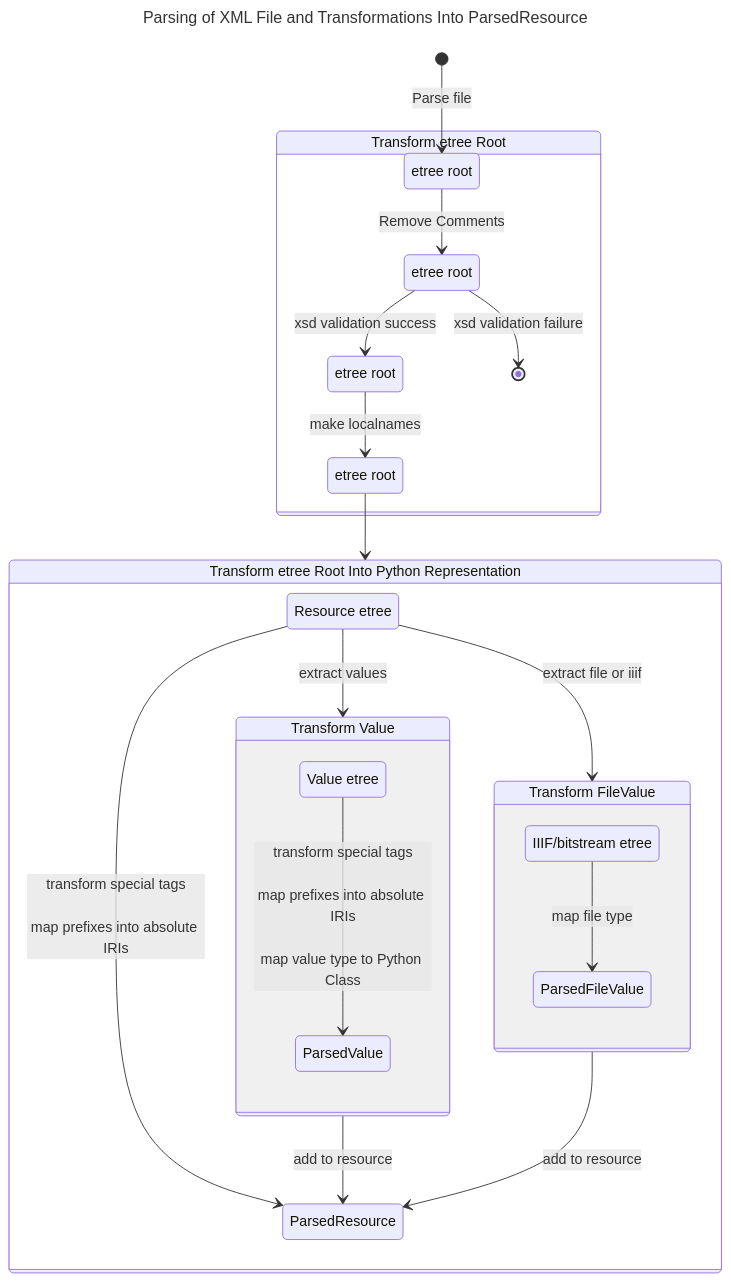
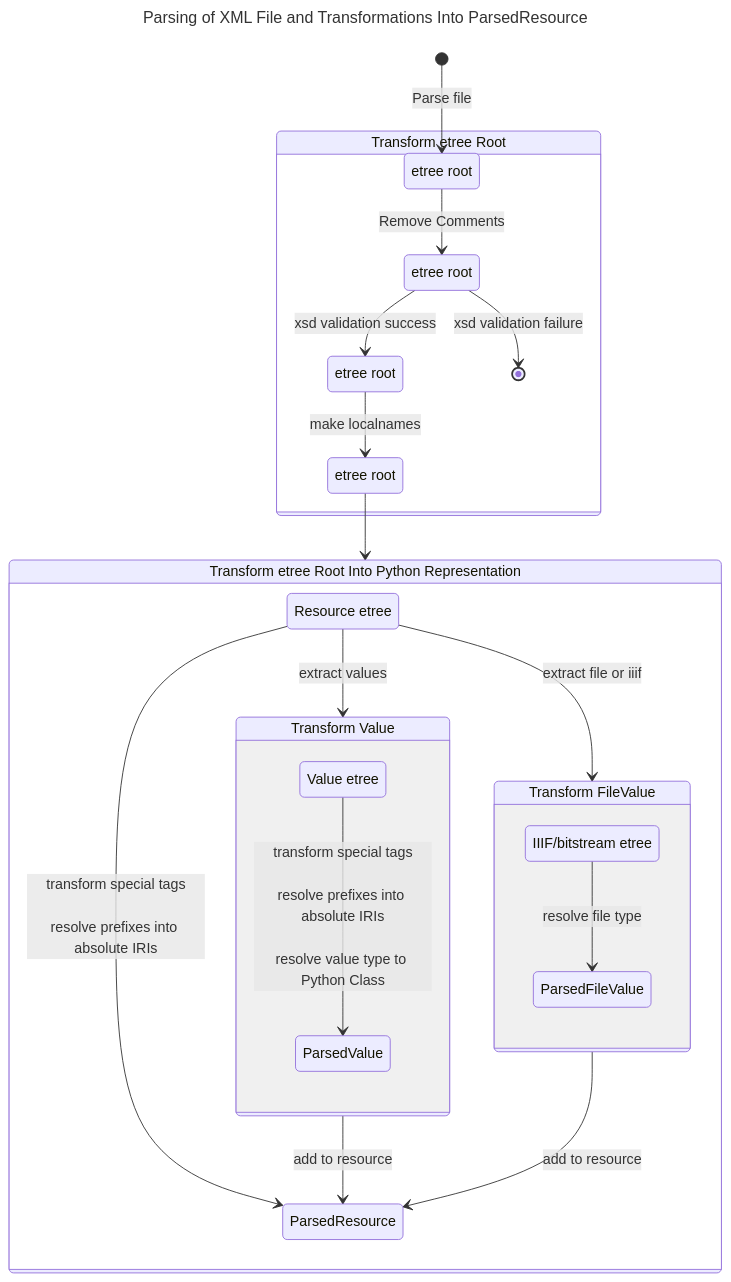
The second of 3 diagrams in docs/developers/architecture.md (dasch-swiss/dsp-tools), drawn with Mermaid before and after one commit. The commit also changed other lines of this file, not shown here.

````diff
--- a/docs/developers/architecture.md
+++ b/docs/developers/architecture.md
@@ -50,45 +50,45 @@
 ```mermaid
 ---
 title: Parsing of XML File and Transformations Into ParsedResource
 ---
 stateDiagram-v2
 state "Transform etree Root" as eroot
 state "Transform etree Root Into Python Representation" as transpy
 state "Resource etree" as resetree1
 state "ParsedResource" as respars
 state "Value etree" as valtree
 state "IIIF/bitstream etree" as filetree
 state "ParsedValue" as valpars
 state "ParsedFileValue" as filepars
 state "Transform Value" as transval
 state "Transform FileValue" as transfile
 
 [*]-->r1: Parse file
 
 r4-->transpy
     state eroot {
         state "etree root" as r1
         state "etree root" as r2
         state "etree root" as r3
         state "etree root" as r4
         r1-->r2: Remove Comments
         r2-->[*]: xsd validation failure
         r2-->r3: xsd validation success
         r3-->r4: make localnames
     }
     state transpy {
         resetree1-->transval: extract values
         resetree1-->transfile: extract file or iiif
-        resetree1-->respars: transform special tags<br/><br/>map prefixes into absolute IRIs
+        resetree1-->respars: transform special tags<br/><br/>resolve prefixes into absolute IRIs
 
         state transval {
-            valtree-->valpars: transform special tags<br/><br/>map prefixes into absolute IRIs<br/><br/>map value type to Python Class
+            valtree-->valpars: transform special tags<br/><br/>resolve prefixes into absolute IRIs<br/><br/>resolve value type to Python Class
         }
         transval-->respars: add to resource
 
         state transfile {
-            filetree-->filepars: map file type
+            filetree-->filepars: resolve file type
         }
         transfile-->respars: add to resource
     }
 ```
````
